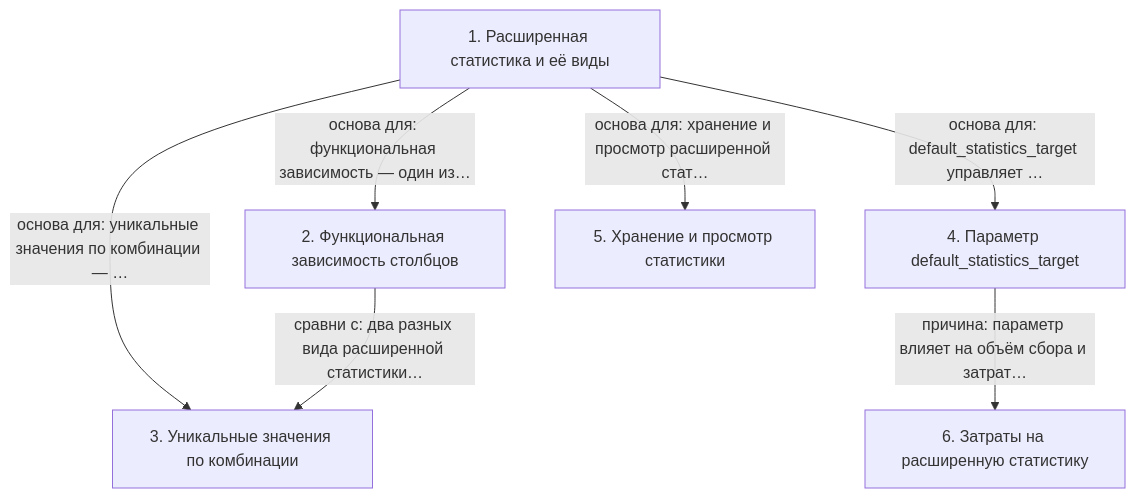
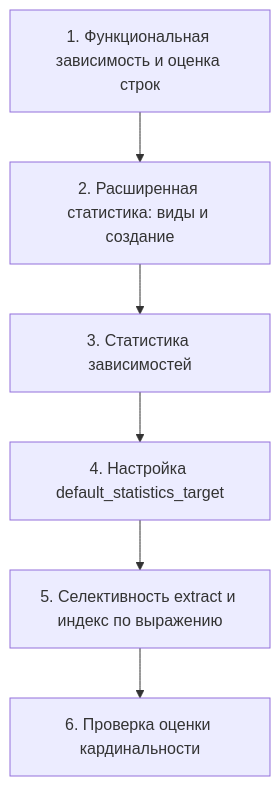
Before and after one commit to AsoloCode/notes: the diagram in postgres-qpt/13 - QPT-16. 12. Расширенная статистика/notes.md, drawn with Mermaid. The commit also changed other lines of this file and 503 other files, not shown here.

First line of the commit message:
Обновить конспекты PostgreSQL (QPT-16, DEV1-16): слайды, схемы, факт-чек

````diff
--- a/postgres-qpt/13 - QPT-16. 12. Расширенная статистика/notes.md
+++ b/postgres-qpt/13 - QPT-16. 12. Расширенная статистика/notes.md
@@ -80,15 +513,14 @@
 ```mermaid
 flowchart TD
-    n1["1. Расширенная статистика и её виды"]
-    n2["2. Функциональная зависимость столбцов"]
-    n3["3. Уникальные значения по комбинации"]
-    n4["4. Параметр default_statistics_target"]
-    n5["5. Хранение и просмотр статистики"]
-    n6["6. Затраты на расширенную статистику"]
-    n1 -->|основа для: функциональная зависимость — один из…| n2
-    n1 -->|основа для: уникальные значения по комбинации — …| n3
-    n2 -->|сравни с: два разных вида расширенной статистики…| n3
-    n1 -->|основа для: default_statistics_target управляет …| n4
-    n1 -->|основа для: хранение и просмотр расширенной стат…| n5
-    n4 -->|причина: параметр влияет на объём сбора и затрат…| n6
+    n1["1. Функциональная зависимость и оценка строк"]
+    n2["2. Расширенная статистика: виды и создание"]
+    n3["3. Статистика зависимостей"]
+    n4["4. Настройка default_statistics_target"]
+    n5["5. Селективность extract и индекс по выражению"]
+    n6["6. Проверка оценки кардинальности"]
+    n1 --> n2
+    n2 --> n3
+    n3 --> n4
+    n4 --> n5
+    n5 --> n6
 ```
````
